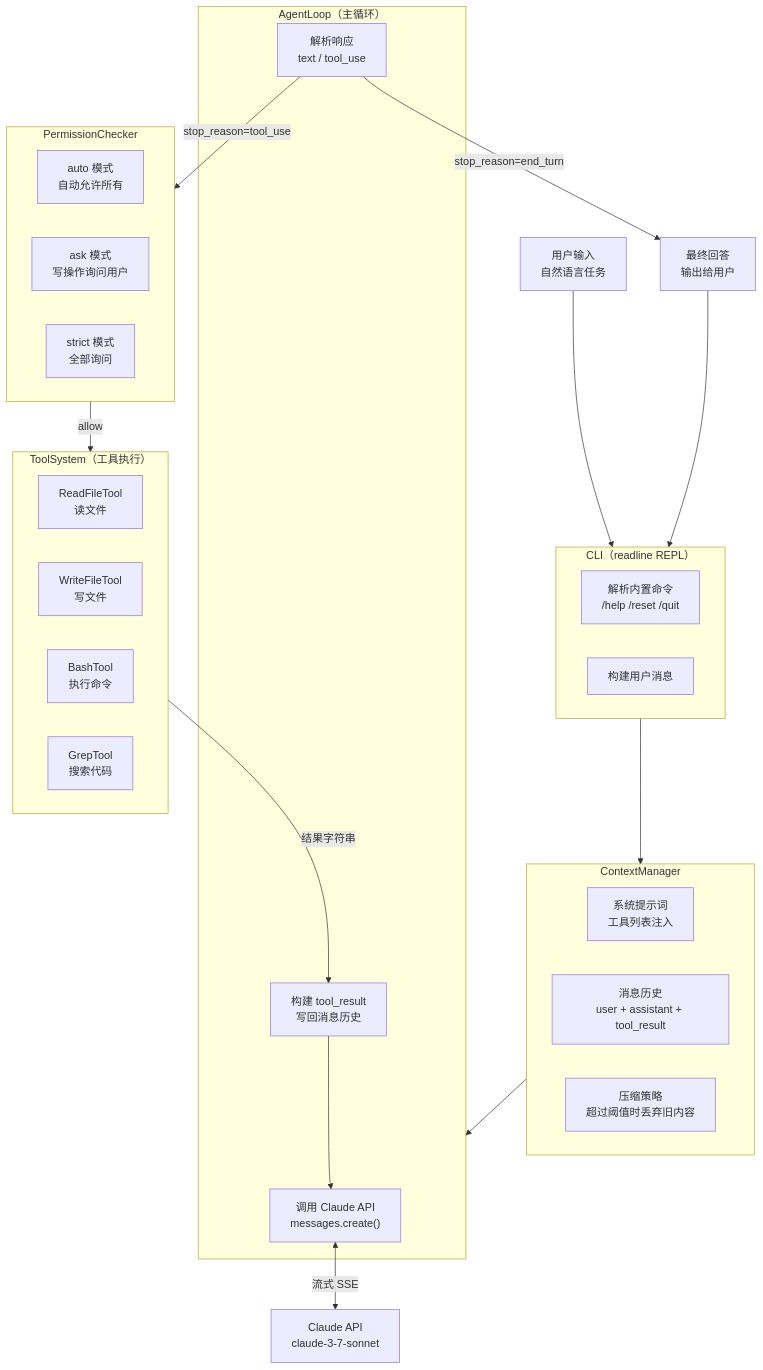
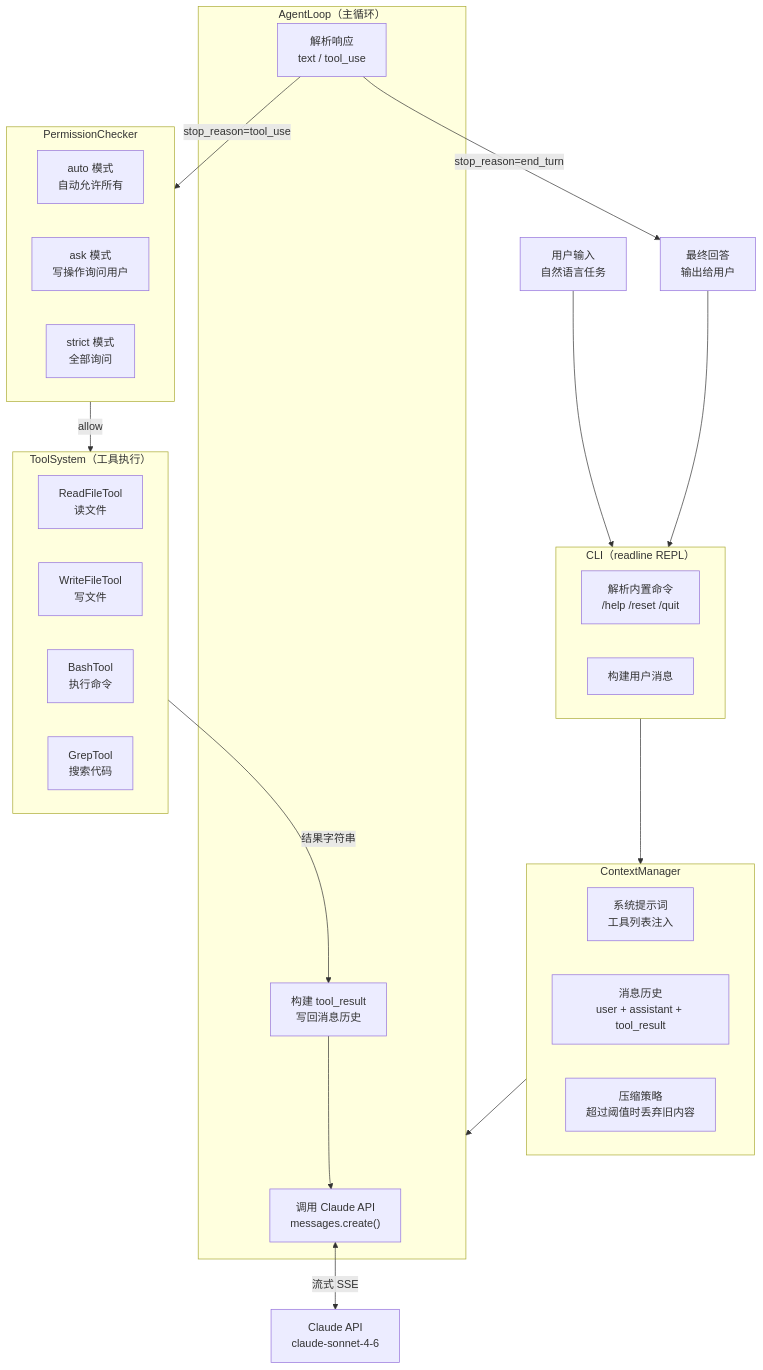
The seventh of 7 diagrams in 08-build-your-own.md (Sealed-organofcorti310/build-code-agent), drawn with Mermaid before and after one commit. The commit also changed other lines of this file, not shown here.

````diff
--- a/08-build-your-own.md
+++ b/08-build-your-own.md
@@ -1661,50 +1666,50 @@
 ```mermaid
 flowchart TD
     UserInput["用户输入\n自然语言任务"] --> CLI
 
     subgraph CLI["CLI（readline REPL）"]
         ParseCmd["解析内置命令\n/help /reset /quit"]
         BuildMsg["构建用户消息"]
     end
 
     CLI --> CtxMgr
 
     subgraph CtxMgr["ContextManager"]
         SysPrompt["系统提示词\n工具列表注入"]
         MsgHistory["消息历史\nuser + assistant + tool_result"]
         Compress["压缩策略\n超过阈值时丢弃旧内容"]
     end
 
     CtxMgr --> AgentLoop
 
     subgraph AgentLoop["AgentLoop（主循环）"]
         CallAPI["调用 Claude API\nmessages.create()"]
         ParseResp["解析响应\ntext / tool_use"]
         BuildResult["构建 tool_result\n写回消息历史"]
     end
 
-    CallAPI <-->|"流式 SSE"| ClaudeAPI["Claude API\nclaude-3-7-sonnet"]
+    CallAPI <-->|"流式 SSE"| ClaudeAPI["Claude API\nclaude-sonnet-4-6"]
 
     ParseResp -->|"stop_reason=end_turn"| FinalOutput["最终回答\n输出给用户"]
     ParseResp -->|"stop_reason=tool_use"| PermChk
 
     subgraph PermChk["PermissionChecker"]
         AutoMode["auto 模式\n自动允许所有"]
         AskMode["ask 模式\n写操作询问用户"]
         StrictMode["strict 模式\n全部询问"]
     end
 
     PermChk -->|"allow"| ToolExec
 
     subgraph ToolExec["ToolSystem（工具执行）"]
         RF2["ReadFileTool\n读文件"]
         WF2["WriteFileTool\n写文件"]
         BT2["BashTool\n执行命令"]
         GT2["GrepTool\n搜索代码"]
     end
 
     ToolExec -->|"结果字符串"| BuildResult
     BuildResult --> CallAPI
 
     FinalOutput --> CLI
 ```
````
